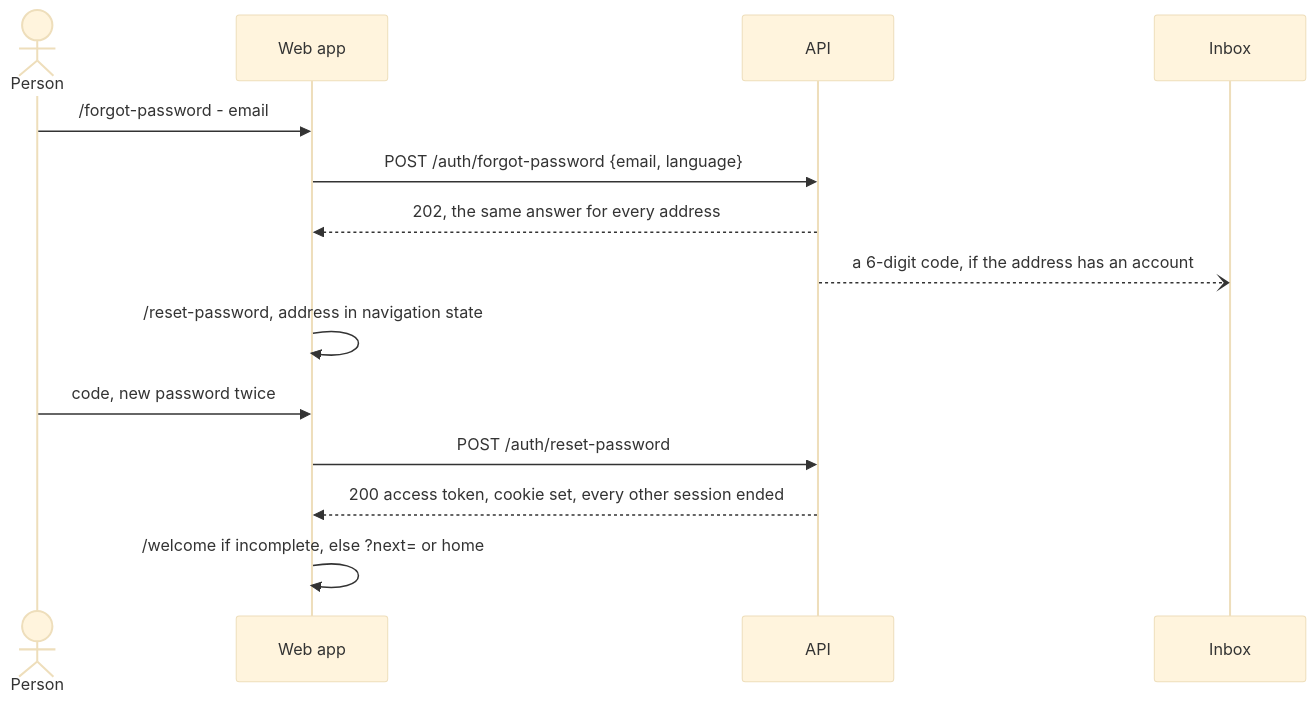
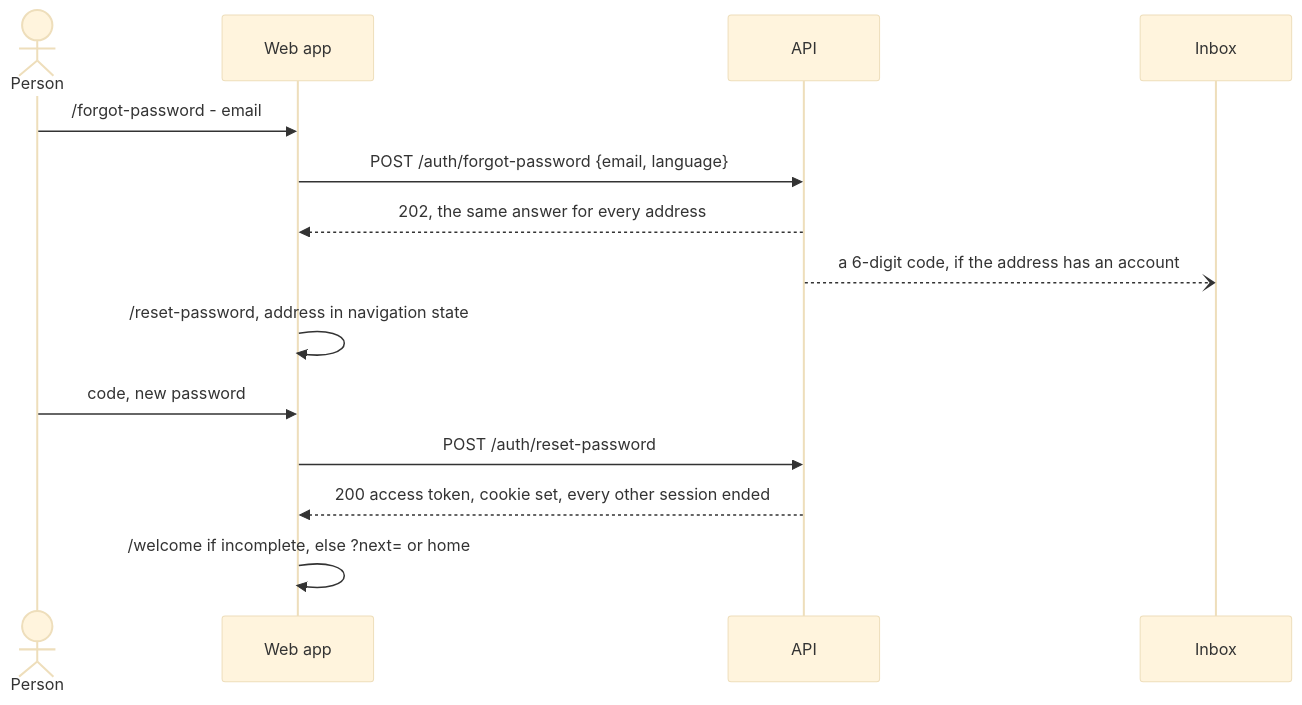
One commit to StoriuSs/NezFocus-Frontend changed the third of 4 diagrams in docs/auth/pages-and-flows.md. Above: the diagram before and after it, drawn with Mermaid (base theme). The commit also changed other lines of this file and 39 other files, not shown here.

First line of the commit message:
feat(auth): sign in by code or password, reset a password with a code, and say why a session ended (L9)

````diff
--- a/docs/auth/pages-and-flows.md
+++ b/docs/auth/pages-and-flows.md
@@ -300,16 +378,16 @@
 ```mermaid
 sequenceDiagram
     actor P as Person
     participant App as Web app
     participant API
     participant Inbox
     P->>App: /forgot-password - email
     App->>API: POST /auth/forgot-password {email, language}
     API-->>App: 202, the same answer for every address
     API--)Inbox: a 6-digit code, if the address has an account
     App->>App: /reset-password, address in navigation state
-    P->>App: code, new password twice
+    P->>App: code, new password
     App->>API: POST /auth/reset-password
     API-->>App: 200 access token, cookie set, every other session ended
     App->>App: /welcome if incomplete, else ?next= or home
 ```
````
